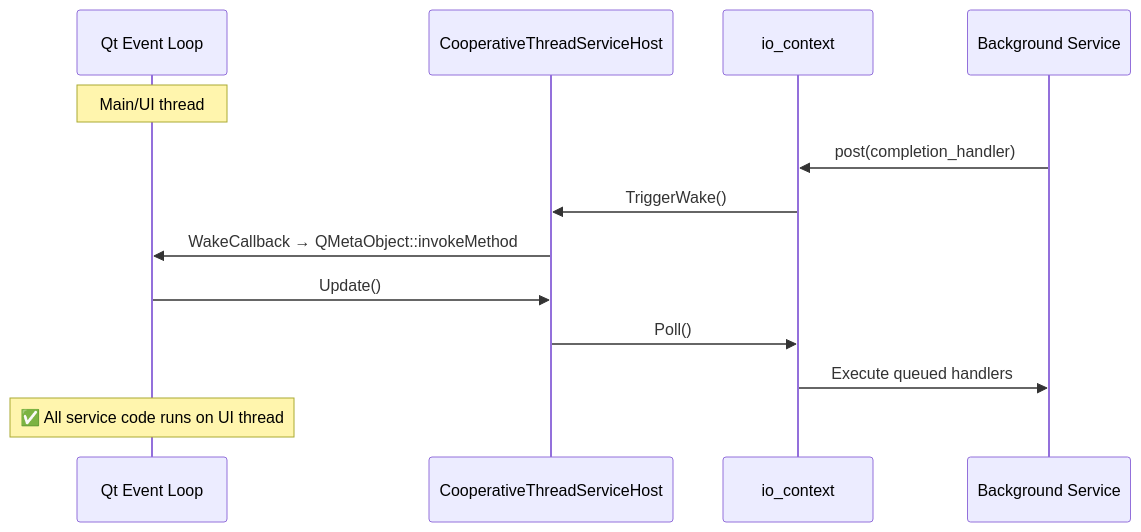
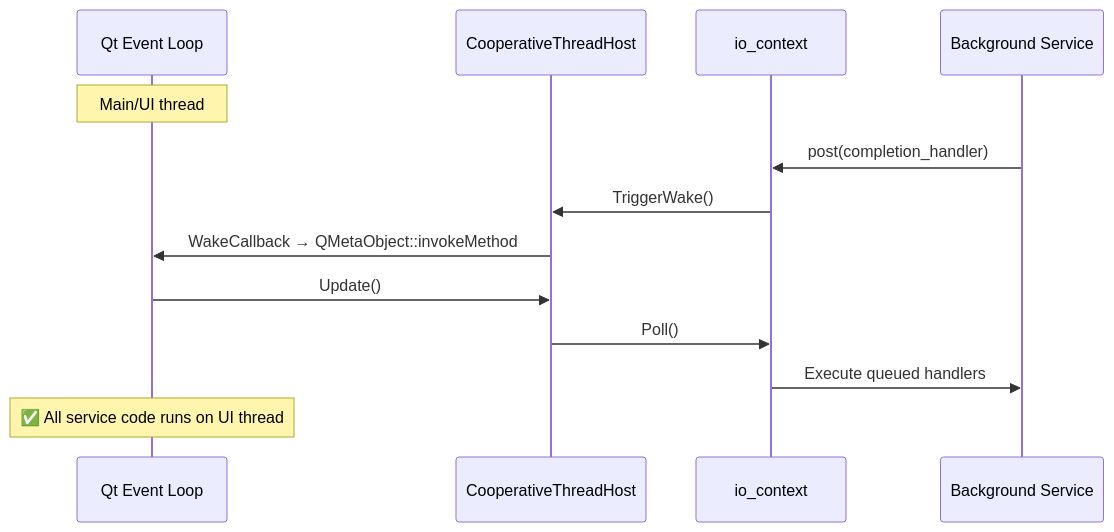
One commit to Unarmed1000/ServiceFrameworkExperiments changed the fifth of 9 diagrams in docs/presentation_async_patterns.md. Above: the diagram before and after it, drawn with Mermaid. The commit also changed other lines of this file and 2 other files, not shown here.

Commit message:
Rename CooperativeThreadServiceHost to CooperativeThreadHost for consistency across documentation

````diff
--- a/docs/presentation_async_patterns.md
+++ b/docs/presentation_async_patterns.md
@@ -1066,19 +1066,19 @@
 ```mermaid
 sequenceDiagram
     participant QtLoop as Qt Event Loop
-    participant Host as CooperativeThreadServiceHost
+    participant Host as CooperativeThreadHost
     participant IO as io_context
     participant Svc as Background Service
 
     Note over QtLoop: Main/UI thread
 
     Svc->>IO: post(completion_handler)
     IO->>Host: TriggerWake()
     Host->>QtLoop: WakeCallback → QMetaObject::invokeMethod
 
     QtLoop->>Host: Update()
     Host->>IO: Poll()
     IO->>Svc: Execute queued handlers
 
     Note over QtLoop: ✅ All service code runs on UI thread
 ```
````
